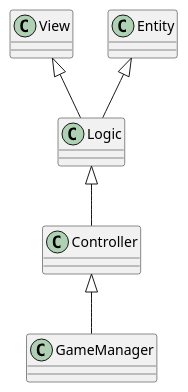
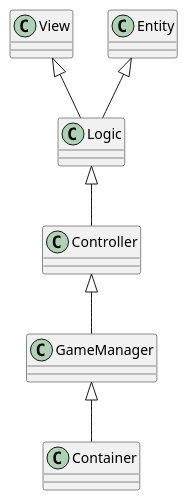
The diagram in Assets/Source/ClassDigram.puml (ShotaKasuya/ClockFace), drawn with PlantUML before and after one commit. The commit also changed 20 other files, not shown here.

```diff
--- a/Assets/Source/ClassDigram.puml
+++ b/Assets/Source/ClassDigram.puml
@@ -1,20 +1,22 @@
 @startuml
 'https://plantuml.com/class-diagram
 
 'Entity,Viewの仲介、操作する、Entity、View以外に依存しないように
 class Logic
 
 'MonoBehaviour
 class View
 
 'Unityに依存しないデータ
 class Entity
 
 Entity <|-- Logic
 View <|-- Logic
 'Logic <|-- GameManager
+Logic <|-- Controller
 Controller <|-- GameManager
-Logic <|-- Controller
+GameManager <|-- Container
+
 
 
 @enduml
```
